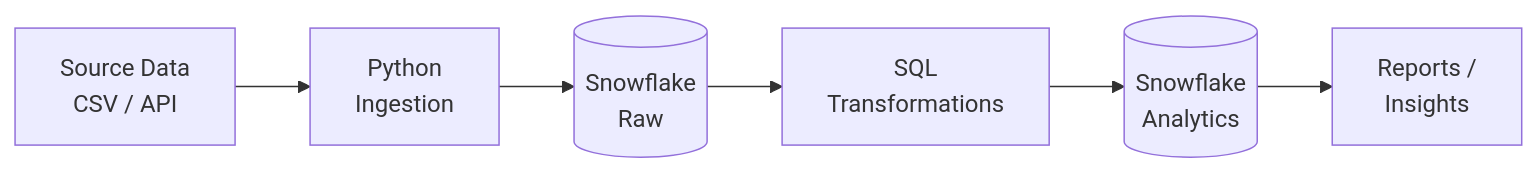
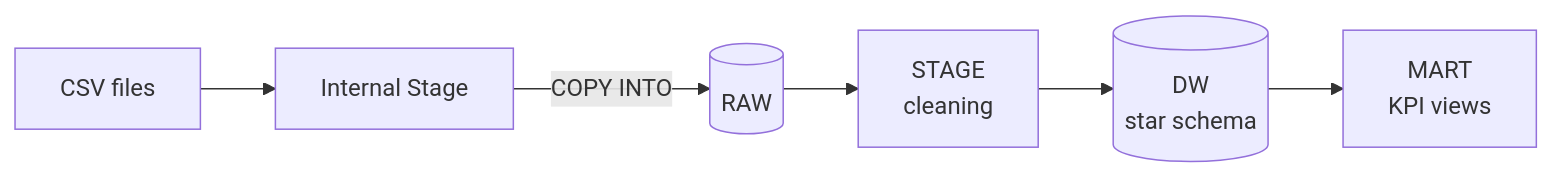
Before and after one commit to learncloud-sharad/learncloud-sharad: the diagram in README.md, drawn with Mermaid. The commit also changed other lines of this file, not shown here.

````diff
--- a/README.md
+++ b/README.md
@@ -110,8 +111,8 @@
 ```mermaid
 flowchart LR
-    A["Source Data<br/>CSV / API"] --> B["Python<br/>Ingestion"]
-    B --> C[("Snowflake<br/>Raw")]
-    C --> D["SQL<br/>Transformations"]
-    D --> E[("Snowflake<br/>Analytics")]
-    E --> F["Reports /<br/>Insights"]
+    A["CSV files"] --> B["Internal Stage"]
+    B -->|"COPY INTO"| C[("RAW")]
+    C --> D["STAGE<br/>cleaning"]
+    D --> E[("DW<br/>star schema")]
+    E --> F["MART<br/>KPI views"]
 ```
````
